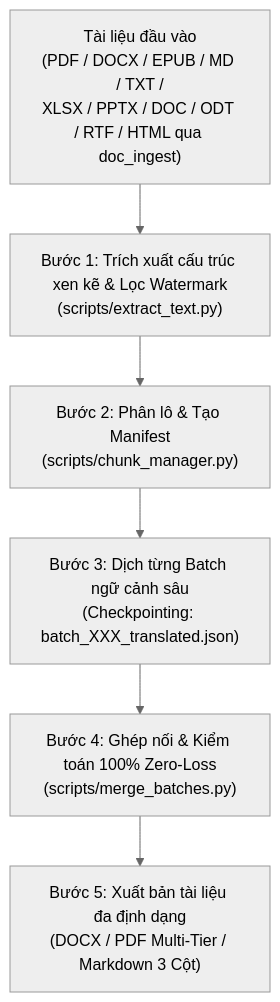
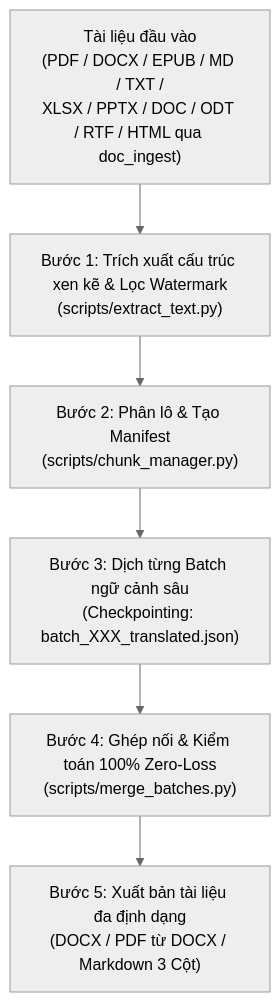
The diagram in .agents/skills/ejv-translate/SKILL.md (bangluutru/ai-workforce), drawn with Mermaid (neutral theme) before and after one commit. The commit also changed other lines of this file and 130 other files, not shown here.

````diff
--- a/.agents/skills/ejv-translate/SKILL.md
+++ b/.agents/skills/ejv-translate/SKILL.md
@@ -80,8 +81,8 @@
 ```mermaid
 graph TD
     A["Tài liệu đầu vào<br/>(PDF / DOCX / EPUB / MD / TXT /<br/>XLSX / PPTX / DOC / ODT / RTF / HTML qua doc_ingest)"] --> B["Bước 1: Trích xuất cấu trúc xen kẽ & Lọc Watermark<br/>(scripts/extract_text.py)"]
     B --> C["Bước 2: Phân lô & Tạo Manifest<br/>(scripts/chunk_manager.py)"]
     C --> D["Bước 3: Dịch từng Batch ngữ cảnh sâu<br/>(Checkpointing: batch_XXX_translated.json)"]
     D --> E["Bước 4: Ghép nối & Kiểm toán 100% Zero-Loss<br/>(scripts/merge_batches.py)"]
-    E --> F["Bước 5: Xuất bản tài liệu đa định dạng<br/>(DOCX / PDF Multi-Tier / Markdown 3 Cột)"]
+    E --> F["Bước 5: Xuất bản tài liệu đa định dạng<br/>(DOCX / PDF từ DOCX / Markdown 3 Cột)"]
 ```
````
